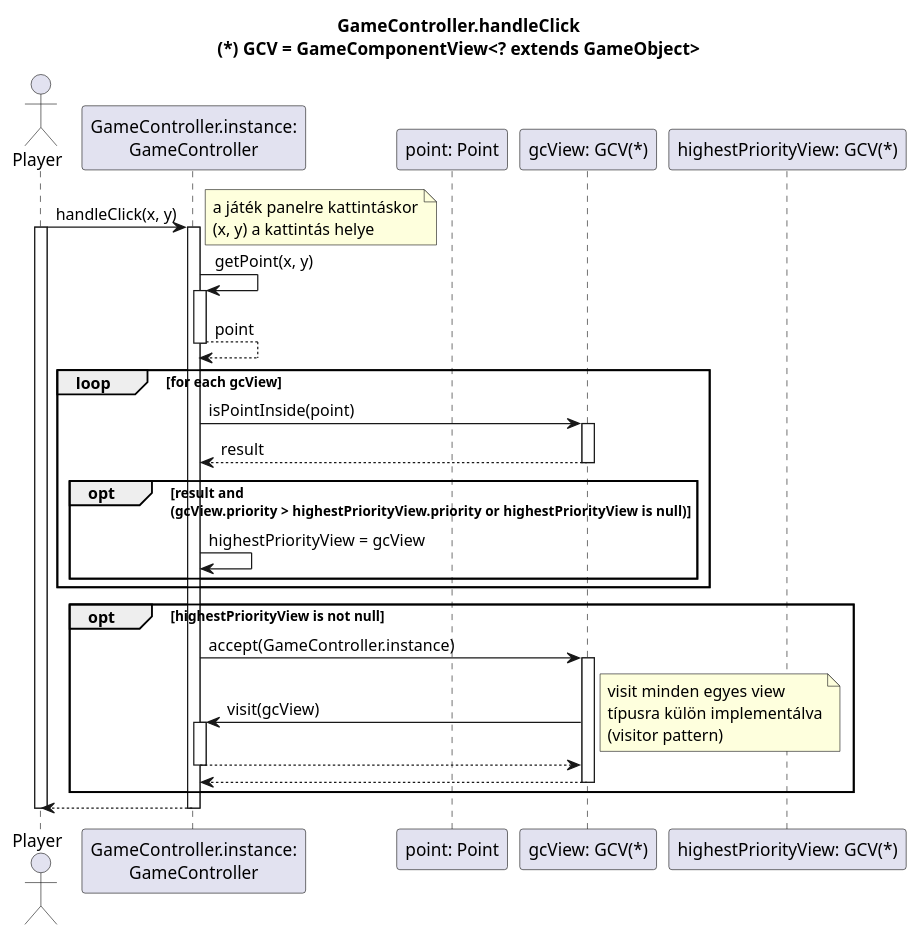
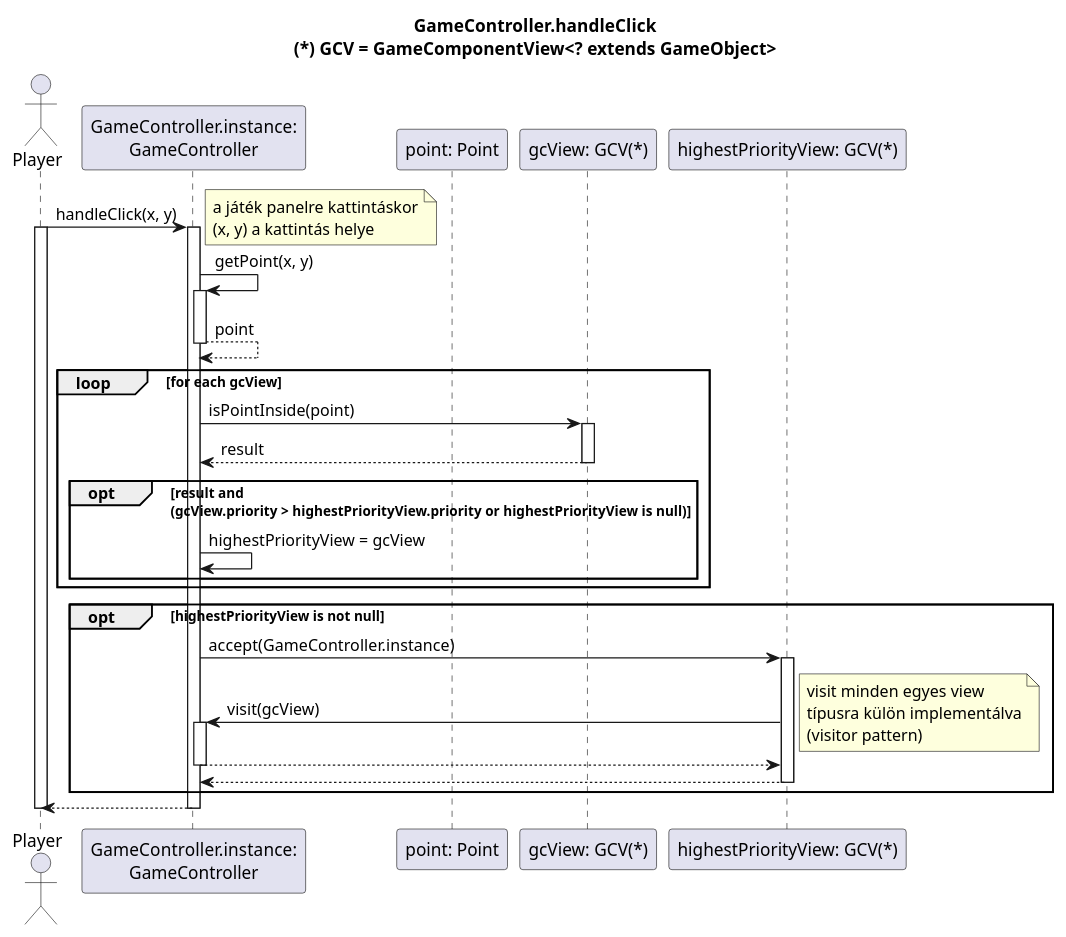
One commit to dzsem/projlab changed the diagram in diagrams/mvc-sequence/handleClick.plantuml. Above: the diagram before and after it, drawn with PlantUML.

Commit message:
call accept() on highest priority

```diff
--- a/diagrams/mvc-sequence/handleClick.plantuml
+++ b/diagrams/mvc-sequence/handleClick.plantuml
@@ -1,54 +1,54 @@
 @startuml handleClick
 
 title GameController.handleClick\n(*) GCV = GameComponentView<? extends GameObject>
 
 actor "Player" as p
 participant "GameController.instance:\nGameController" as gc
 
 participant "point: Point" as point
 participant "gcView: GCV(*)" as c
-participant "highestPriorityView: GCV(*)"
+participant "highestPriorityView: GCV(*)" as hc
 
 p -> gc: handleClick(x, y)
 note right: a játék panelre kattintáskor\n(x, y) a kattintás helye
 activate p
 activate gc
 
 	gc -> gc: getPoint(x, y)
 	activate gc
 
 	gc --> gc: point
 	deactivate gc
 
 	loop for each gcView
 		gc -> c: isPointInside(point)
 		activate c
 
 		gc <-- c: result
 		deactivate c
 
 		opt result and\n(gcView.priority > highestPriorityView.priority or highestPriorityView is null)
 			gc -> gc: highestPriorityView = gcView
 		end
 	end
 
 	opt highestPriorityView is not null
-		gc -> c: accept(GameController.instance)
-		activate c
+		gc -> hc: accept(GameController.instance)
+		activate hc
 
-			c -> gc: visit(gcView)
+			hc -> gc: visit(gcView)
 			note right: visit minden egyes view\ntípusra külön implementálva\n(visitor pattern)
 			activate gc
 
-			gc --> c
+			gc --> hc
 			deactivate gc
 
-		c --> gc
-		deactivate c
+		hc --> gc
+		deactivate hc
 	end
 
 p <-- gc
 deactivate p
 deactivate gc
 
 @enduml
```
